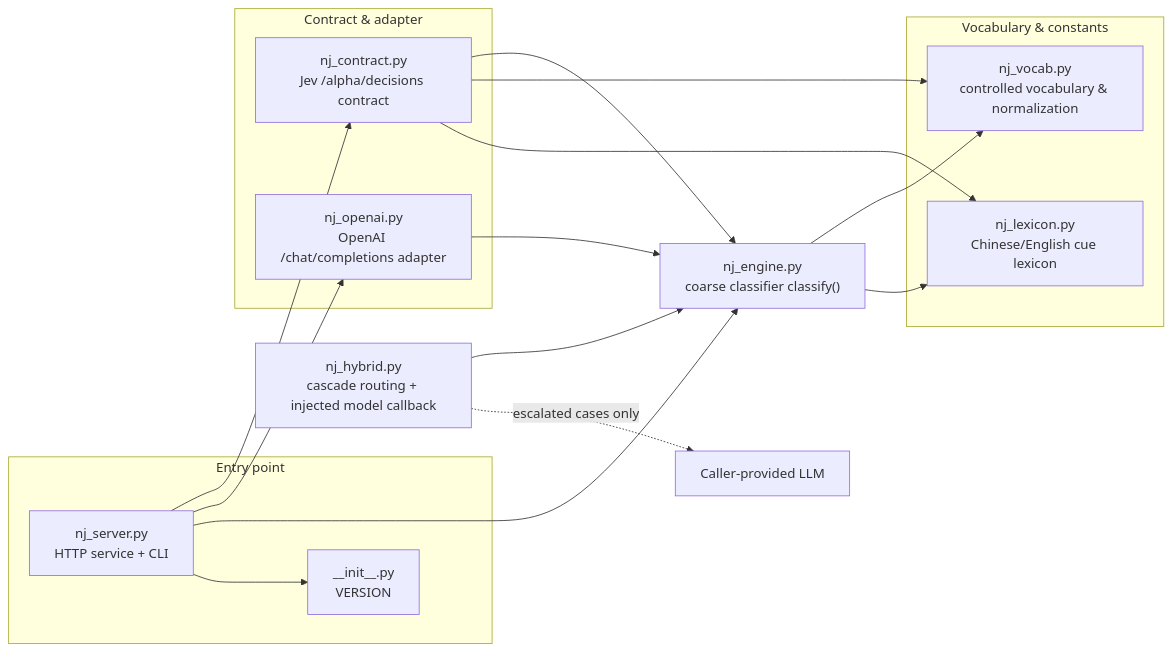
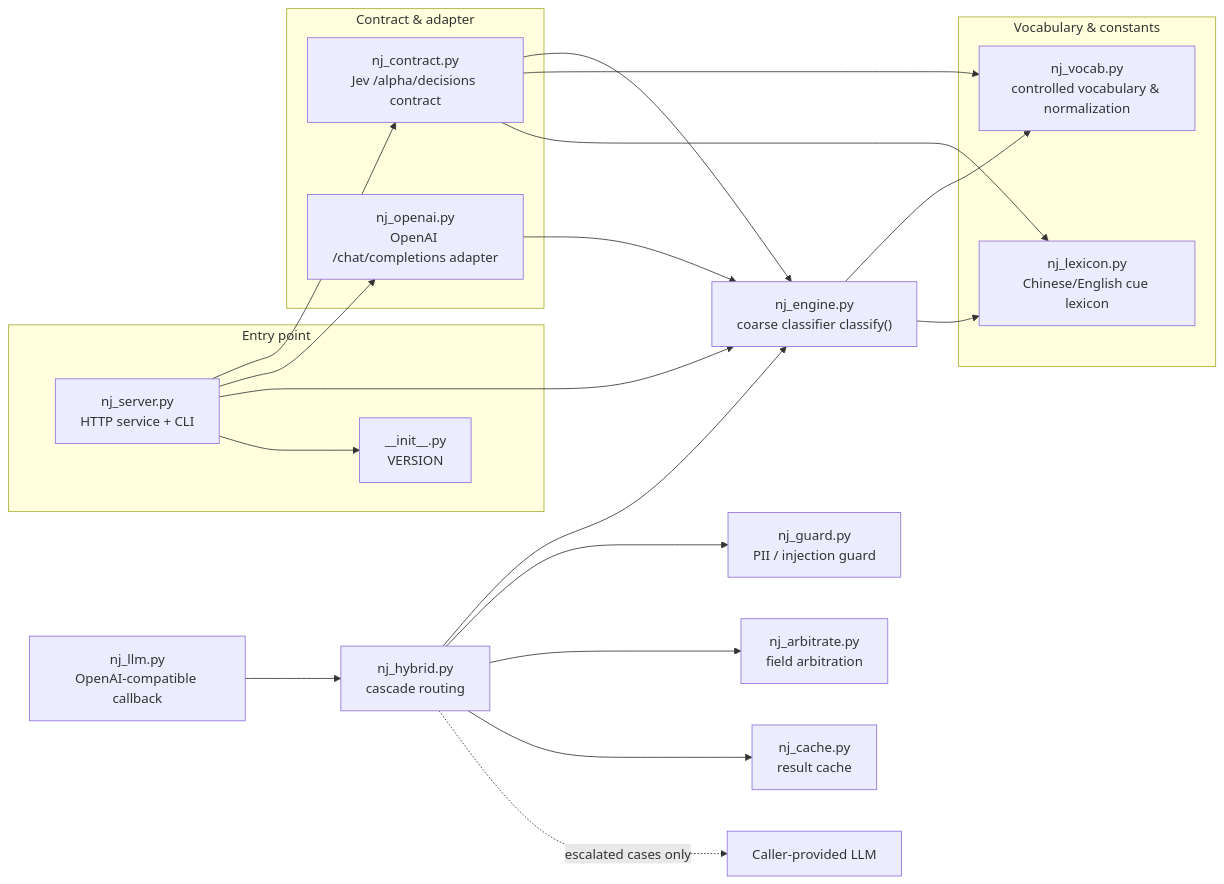
Before and after one commit to JUNNYOfficial/nano_jev: the first of 2 diagrams in README.md, drawn with Mermaid. The commit also changed other lines of this file and 18 other files, not shown here.

````diff
--- a/README.md
+++ b/README.md
@@ -238,34 +327,42 @@
 ```mermaid
 graph LR
     subgraph entry["Entry point"]
         SERVER["nj_server.py<br/>HTTP service + CLI"]
         INIT["__init__.py<br/>VERSION"]
     end
 
     subgraph contract["Contract & adapter"]
         CONTRACT["nj_contract.py<br/>Jev /alpha/decisions contract"]
         OPENAI["nj_openai.py<br/>OpenAI /chat/completions adapter"]
     end
 
     ENGINE["nj_engine.py<br/>coarse classifier classify()"]
-    HYBRID["nj_hybrid.py<br/>cascade routing + injected model callback"]
+    HYBRID["nj_hybrid.py<br/>cascade routing"]
+    GUARD["nj_guard.py<br/>PII / injection guard"]
+    ARB["nj_arbitrate.py<br/>field arbitration"]
+    CACHE["nj_cache.py<br/>result cache"]
+    LLMADAPTER["nj_llm.py<br/>OpenAI-compatible callback"]
     LLM["Caller-provided LLM"]
 
     subgraph vocab["Vocabulary & constants"]
         VOCAB["nj_vocab.py<br/>controlled vocabulary & normalization"]
         LEXICON["nj_lexicon.py<br/>Chinese/English cue lexicon"]
     end
 
     SERVER --> CONTRACT
     SERVER --> OPENAI
     SERVER --> ENGINE
     SERVER --> INIT
     CONTRACT --> ENGINE
     CONTRACT --> VOCAB
     CONTRACT --> LEXICON
     OPENAI --> ENGINE
     HYBRID --> ENGINE
+    HYBRID --> GUARD
+    HYBRID --> ARB
+    HYBRID --> CACHE
+    LLMADAPTER --> HYBRID
     HYBRID -. "escalated cases only" .-> LLM
     ENGINE --> VOCAB
     ENGINE --> LEXICON
 ```
````
